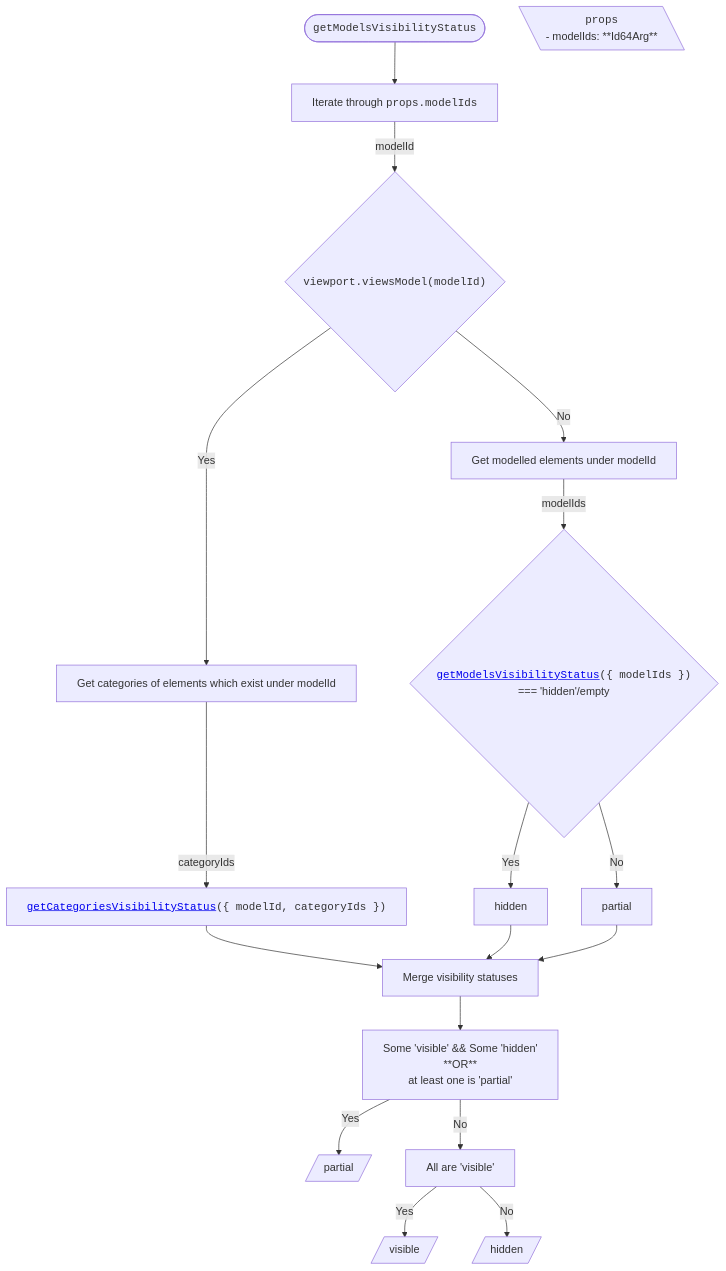
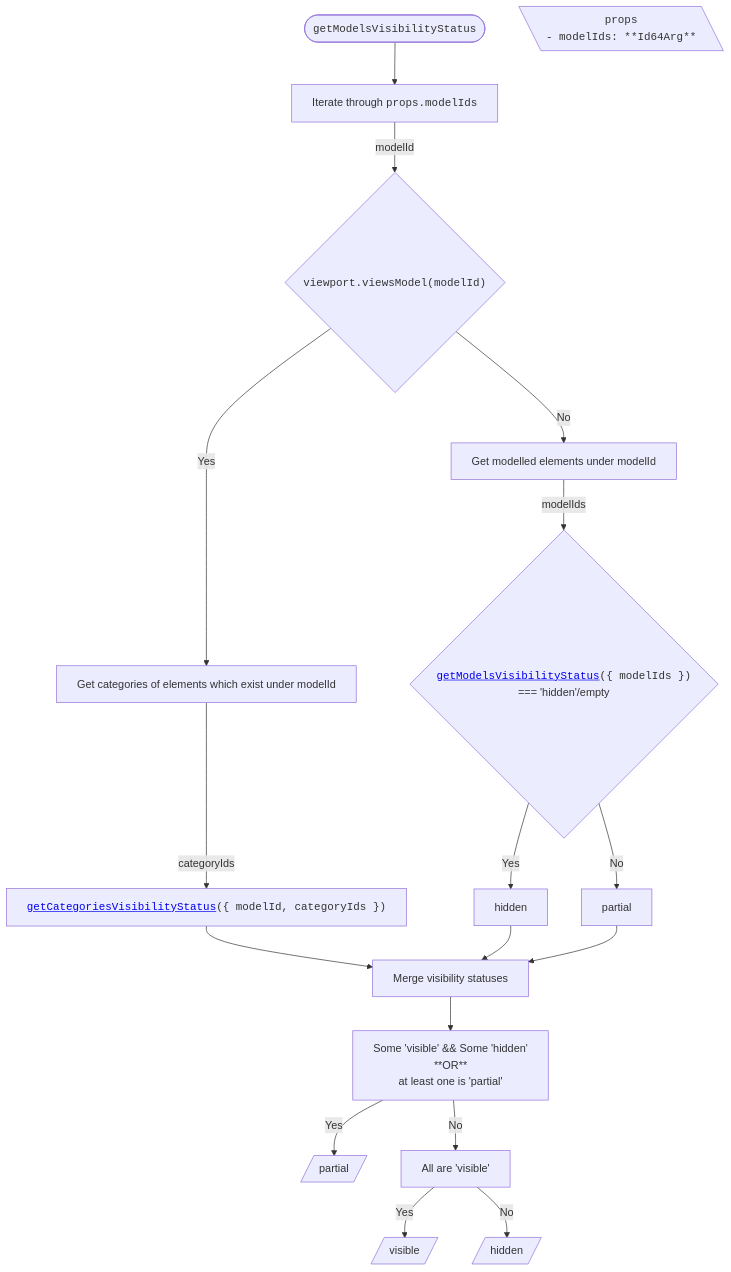
One commit to iTwin/viewer-components-react changed the second of 6 diagrams in packages/itwin/tree-widget/docs/SharedVisibilityHandling.md. Above: the diagram before and after it, drawn with Mermaid.

````diff
--- a/packages/itwin/tree-widget/docs/SharedVisibilityHandling.md
+++ b/packages/itwin/tree-widget/docs/SharedVisibilityHandling.md
@@ -75,47 +75,47 @@
 ```mermaid
 ---
 config:
   flowchart:
     wrappingWidth: 750
     useMaxWidth: false
 ---
 
 flowchart TD
   RESULT_Partial[/partial/]
   RESULT_Visible[/visible/]
   RESULT_Hidden[/hidden/]
 
   %% Start
   TITLE(["<code>getModelsVisibilityStatus</code>"]) --> A[Iterate through <code>props.modelIds</code>]
 
   PROPS[\"
     <code>props</code>
-    <div style='text-align: left;'>- modelIds: **Id64Arg**</div>
+    <code style='text-align: left;'>- modelIds: **Id64Arg**</code>
   "\]
 
   A -- modelId --> B{"<code>viewport.viewsModel(modelId)</code>"}
 
   %% Branch Yes
   B -- Yes --> C1[Get categories of elements which exist under modelId]
   C1 -- categoryIds --> D1["<code><a href='#getcategoriesvisibilitystatus'>getCategoriesVisibilityStatus</a>({ modelId, categoryIds })</code>"]
 
   %% Branch No
   B -- No --> C2[Get modelled elements under modelId]
   C2 -- modelIds --> D2{"<code><a href='#getmodelsvisibilitystatus'>getModelsVisibilityStatus</a>({ modelIds })</code> <br/> === 'hidden'/empty"}
   D2 -- Yes --> E1[hidden]
   D2 -- No --> E2[partial]
 
   %% Merge
   D1 --> M[Merge visibility statuses]
   E1 --> M
   E2 --> M
 
   M --> N[Some 'visible' && Some 'hidden' <br/> **OR** <br/> at least one is 'partial']
 
   N -- Yes --> RESULT_Partial
 
   N -- No --> O[All are 'visible']
 
   O -- Yes --> RESULT_Visible
   O -- No --> RESULT_Hidden
 ```
````
